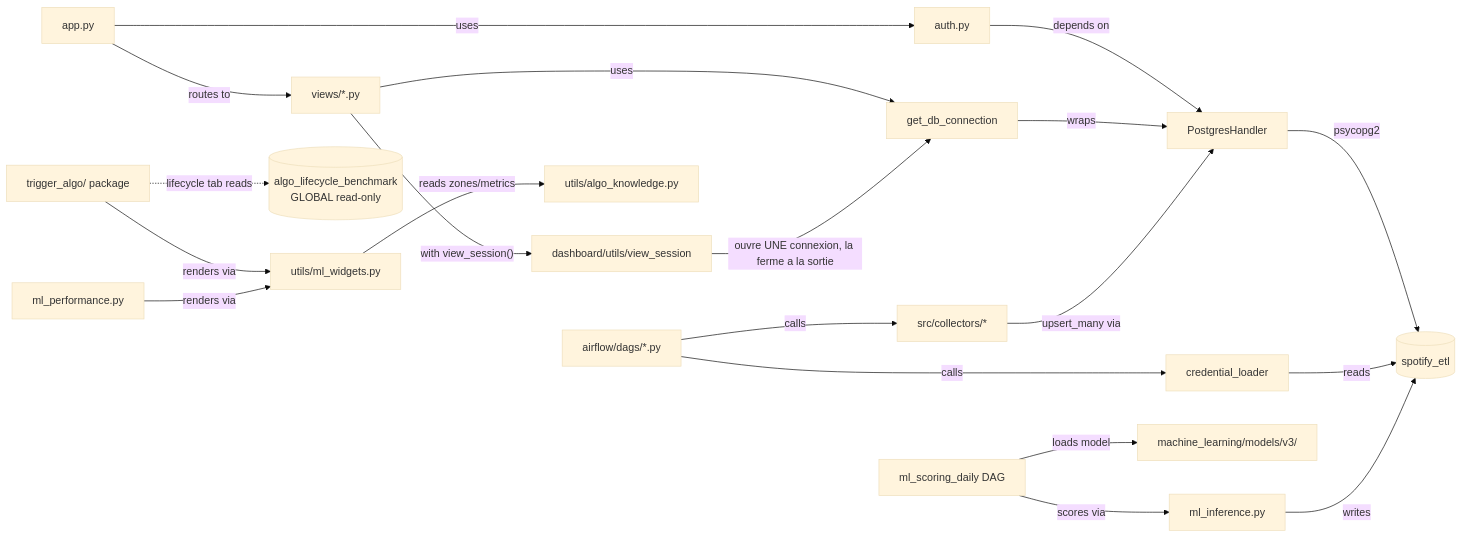
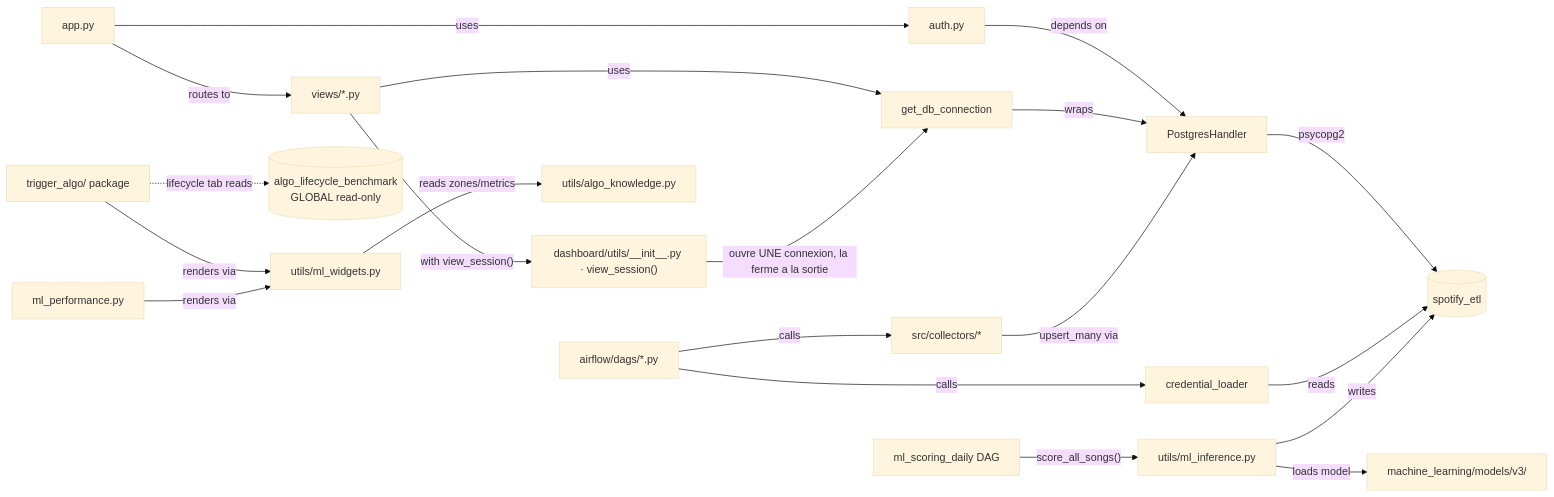
Before and after one commit to 1x7xxxxxxx/Dashboard_music_platform_algo_spotify: the second of 3 diagrams in .claude/dev-docs/architecture.md, drawn with Mermaid (base theme).

Commit message:
architecture.md schema #2 : view_session nomme son vrai module, le DAG ML passe par ml_inference qui charge le modele (un seul noeud, verifie au rendu)

````diff
--- a/.claude/dev-docs/architecture.md
+++ b/.claude/dev-docs/architecture.md
@@ -57,26 +57,26 @@
 ```mermaid
 graph LR
     app.py -->|routes to| V[views/]
     app.py -->|uses| auth.py
     auth.py -->|depends on| PH[PostgresHandler]
     V -->|uses| GDB[get_db_connection]
     GDB -->|wraps| PH
     PH -->|psycopg2| DB[(spotify_etl)]
 
     DAG[airflow/dags/*.py] -->|calls| COL[src/collectors/*]
     DAG -->|calls| CL[credential_loader]
     CL -->|reads| DB
     COL -->|upsert_many via| PH
 
-    ML[ml_scoring_daily DAG] -->|loads model| MLR[machine_learning/models/v3/]
-    ML -->|scores via| INF[ml_inference.py]
+    INF -->|loads model| MLR[machine_learning/models/v3/]
+    ML[ml_scoring_daily DAG] -->|"score_all_songs()"| INF[utils/ml_inference.py]
     INF -->|writes| DB
 
-    V[views/*.py] -->|"with view_session()"| VS[dashboard/utils/view_session]
+    V[views/*.py] -->|"with view_session()"| VS["dashboard/utils/__init__.py · view_session()"]
     VS -->|ouvre UNE connexion, la ferme a la sortie| GDB[get_db_connection]
 
     TA[trigger_algo/ package] -->|renders via| MW[utils/ml_widgets.py]
     MLP[ml_performance.py] -->|renders via| MW
     MW -->|reads zones/metrics| AK[utils/algo_knowledge.py]
     TA -.->|lifecycle tab reads| BENCH[(algo_lifecycle_benchmark<br/>GLOBAL read-only)]
 ```
````
